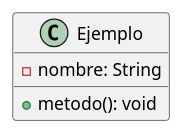
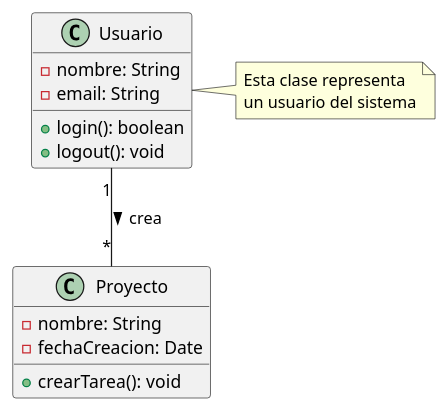
Before and after one commit to JAVIERRAMIREZ1212/IS-PRACTICAS: the diagram in docs/diagrams/diagrama.plantuml, drawn with PlantUML.

Commit message:
diagrama inicial

```diff
--- a/docs/diagrams/diagrama.plantuml
+++ b/docs/diagrams/diagrama.plantuml
@@ -1,6 +1,23 @@
-@startuml
-class Ejemplo {
+@startuml s
+' Diagrama de clases de ejemplo
+class Usuario {
   - nombre: String
-  + metodo(): void
+  - email: String
+  + login(): boolean
+  + logout(): void
 }
+
+class Proyecto {
+  - nombre: String
+  - fechaCreacion: Date
+  + crearTarea(): void
+}
+
+Usuario "1" -- "*" Proyecto : crea >
+
+note right of Usuario
+  Esta clase representa
+  un usuario del sistema
+end note
+
 @enduml
```
